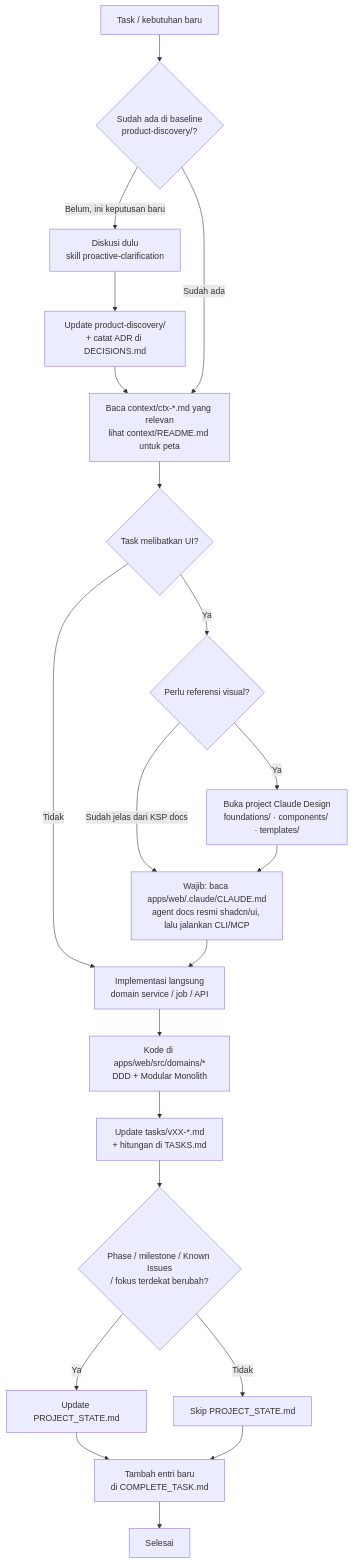
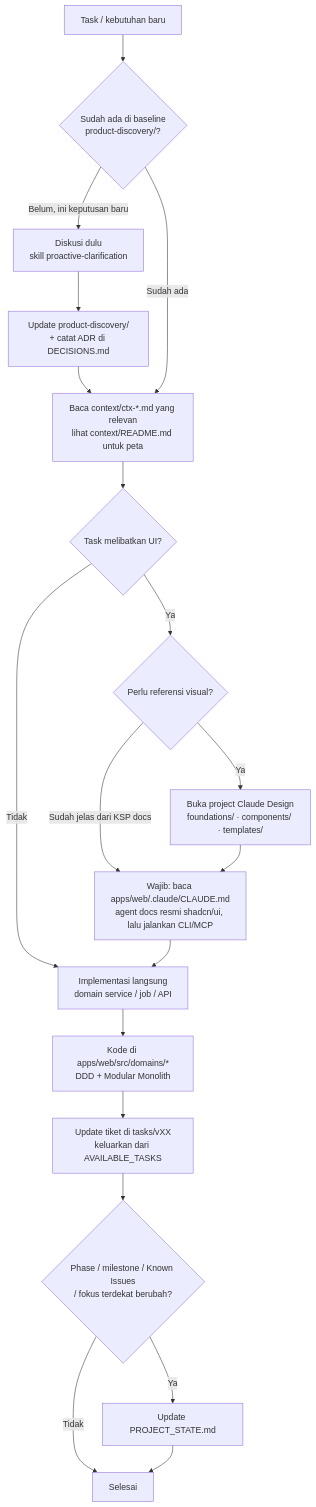
One commit to reziSaktiva/postific changed the first of 3 diagrams in project-manager/DEVELOPER_WORKFLOW.md. Above: the diagram before and after it, drawn with Mermaid. The commit also changed other lines of this file and 33 other files, not shown here.

First line of the commit message:
docs: pindahkan antrian task ke available tasks

````diff
--- a/project-manager/DEVELOPER_WORKFLOW.md
+++ b/project-manager/DEVELOPER_WORKFLOW.md
@@ -21,27 +21,25 @@
 ```mermaid
 flowchart TD
   A[Task / kebutuhan baru] --> B{Sudah ada di baseline<br/>product-discovery/?}
 
   B -->|Belum, ini keputusan baru| C[Diskusi dulu<br/>skill proactive-clarification]
   C --> D[Update product-discovery/<br/>+ catat ADR di DECISIONS.md]
   D --> E
   B -->|Sudah ada| E[Baca context/ctx-*.md yang relevan<br/>lihat context/README.md untuk peta]
 
   E --> F{Task melibatkan UI?}
   F -->|Tidak| K[Implementasi langsung<br/>domain service / job / API]
 
   F -->|Ya| G{Perlu referensi visual?}
   G -->|Ya| H[Buka project Claude Design<br/>foundations/ · components/ · templates/]
   G -->|Sudah jelas dari KSP docs| I
   H --> I[Wajib: baca apps/web/.claude/CLAUDE.md<br/>agent docs resmi shadcn/ui, lalu jalankan CLI/MCP]
   I --> K
 
   K --> L[Kode di apps/web/src/domains/*<br/>DDD + Modular Monolith]
-  L --> M[Update tasks/vXX-*.md<br/>+ hitungan di TASKS.md]
+  L --> M[Update tiket di tasks/vXX<br/>keluarkan dari AVAILABLE_TASKS]
   M --> N{Phase / milestone / Known Issues<br/>/ fokus terdekat berubah?}
   N -->|Ya| P[Update PROJECT_STATE.md]
-  N -->|Tidak| Q[Skip PROJECT_STATE.md]
-  P --> R[Tambah entri baru<br/>di COMPLETE_TASK.md]
-  Q --> R
-  R --> O[Selesai]
+  N -->|Tidak| O[Selesai]
+  P --> O
 ```
````
